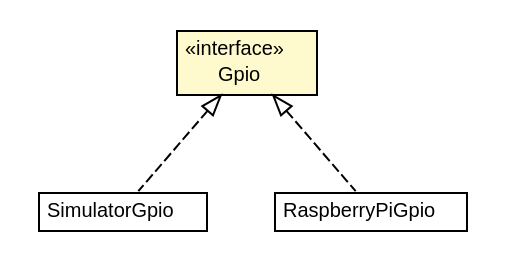
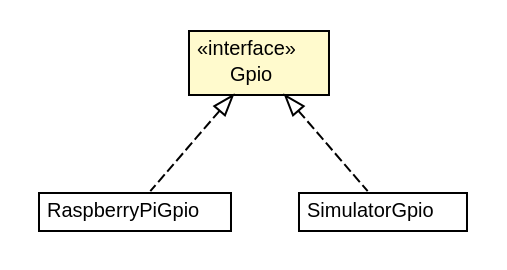
The diagram in javadoc/coreserver/com/connectlife/coreserver/gpio/Gpio.dot (ericpinet/ConnectLife), drawn with Graphviz before and after one commit. The commit also changed 434 other files, not shown here.

```diff
--- a/javadoc/coreserver/com/connectlife/coreserver/gpio/Gpio.dot
+++ b/javadoc/coreserver/com/connectlife/coreserver/gpio/Gpio.dot
@@ -1,35 +1,35 @@
 #!/usr/local/bin/dot
 #
 # Class diagram 
 # Generated by UMLGraph version 5.1 (http://www.umlgraph.org/)
 #
 
 digraph G {
 	edge [fontname="Helvetica",fontsize=10,labelfontname="Helvetica",labelfontsize=10];
 	node [fontname="Helvetica",fontsize=10,shape=plaintext];
 	nodesep=0.25;
 	ranksep=0.5;
+	// com.connectlife.coreserver.gpio.RaspberryPiGpio
+	c2189 [label=<<table title="com.connectlife.coreserver.gpio.RaspberryPiGpio" border="0" cellborder="1" cellspacing="0" cellpadding="2" port="p" href="./RaspberryPiGpio.html">
+		<tr><td><table border="0" cellspacing="0" cellpadding="1">
+<tr><td align="center" balign="center"> RaspberryPiGpio </td></tr>
+		</table></td></tr>
+		</table>>, fontname="Helvetica", fontcolor="black", fontsize=10.0];
 	// com.connectlife.coreserver.gpio.SimulatorGpio
-	c2021 [label=<<table title="com.connectlife.coreserver.gpio.SimulatorGpio" border="0" cellborder="1" cellspacing="0" cellpadding="2" port="p" href="./SimulatorGpio.html">
+	c2190 [label=<<table title="com.connectlife.coreserver.gpio.SimulatorGpio" border="0" cellborder="1" cellspacing="0" cellpadding="2" port="p" href="./SimulatorGpio.html">
 		<tr><td><table border="0" cellspacing="0" cellpadding="1">
 <tr><td align="center" balign="center"> SimulatorGpio </td></tr>
 		</table></td></tr>
 		</table>>, fontname="Helvetica", fontcolor="black", fontsize=10.0];
-	// com.connectlife.coreserver.gpio.RaspberryPiGpio
-	c2022 [label=<<table title="com.connectlife.coreserver.gpio.RaspberryPiGpio" border="0" cellborder="1" cellspacing="0" cellpadding="2" port="p" href="./RaspberryPiGpio.html">
-		<tr><td><table border="0" cellspacing="0" cellpadding="1">
-<tr><td align="center" balign="center"> RaspberryPiGpio </td></tr>
-		</table></td></tr>
-		</table>>, fontname="Helvetica", fontcolor="black", fontsize=10.0];
 	// com.connectlife.coreserver.gpio.Gpio
-	c2023 [label=<<table title="com.connectlife.coreserver.gpio.Gpio" border="0" cellborder="1" cellspacing="0" cellpadding="2" port="p" bgcolor="lemonChiffon" href="./Gpio.html">
+	c2191 [label=<<table title="com.connectlife.coreserver.gpio.Gpio" border="0" cellborder="1" cellspacing="0" cellpadding="2" port="p" bgcolor="lemonChiffon" href="./Gpio.html">
 		<tr><td><table border="0" cellspacing="0" cellpadding="1">
 <tr><td align="center" balign="center"> &#171;interface&#187; </td></tr>
 <tr><td align="center" balign="center"> Gpio </td></tr>
 		</table></td></tr>
 		</table>>, fontname="Helvetica", fontcolor="black", fontsize=10.0];
+	//com.connectlife.coreserver.gpio.RaspberryPiGpio implements com.connectlife.coreserver.gpio.Gpio
+	c2191:p -> c2189:p [dir=back,arrowtail=empty,style=dashed];
 	//com.connectlife.coreserver.gpio.SimulatorGpio implements com.connectlife.coreserver.gpio.Gpio
-	c2023:p -> c2021:p [dir=back,arrowtail=empty,style=dashed];
-	//com.connectlife.coreserver.gpio.RaspberryPiGpio implements com.connectlife.coreserver.gpio.Gpio
-	c2023:p -> c2022:p [dir=back,arrowtail=empty,style=dashed];
+	c2191:p -> c2190:p [dir=back,arrowtail=empty,style=dashed];
 }
```
